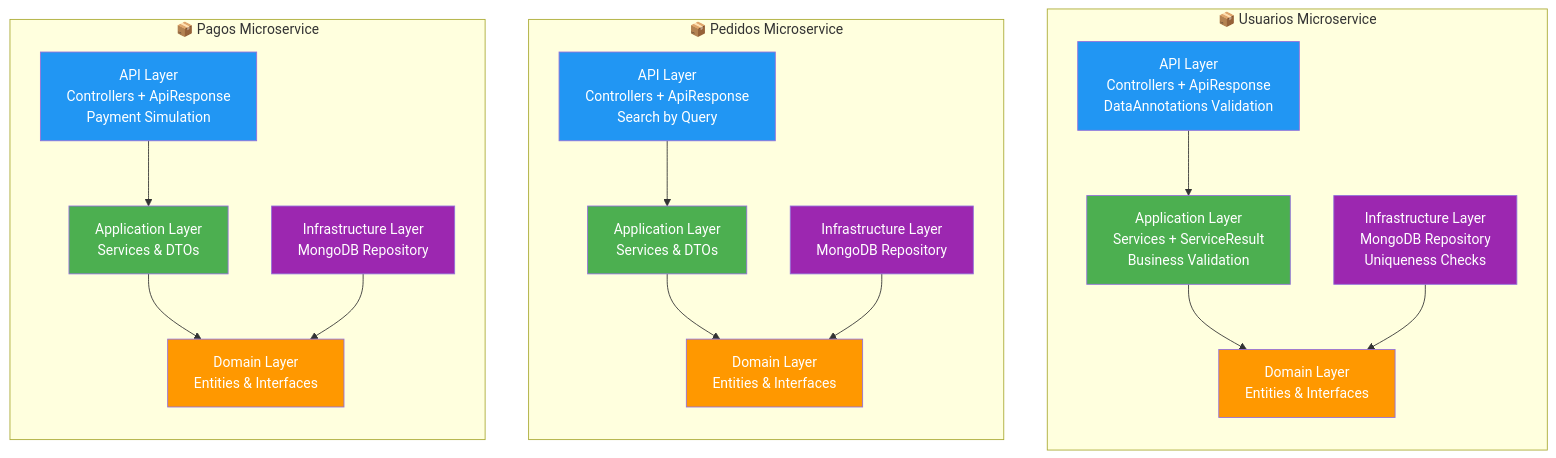
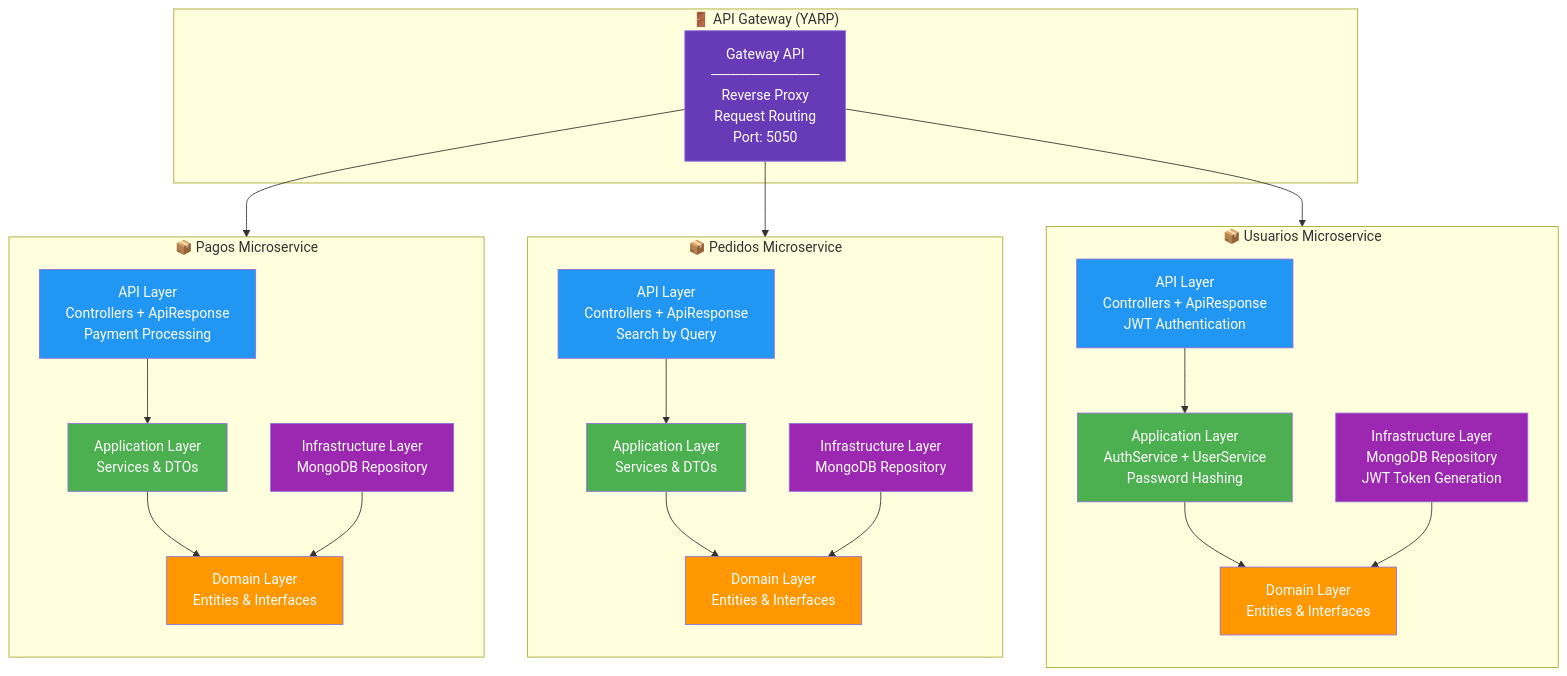
Before and after one commit to Chocopro713/MVP_Empresa_ABC: the diagram in arquitectura/diagrams/clean-architecture.mermaid, drawn with Mermaid. The commit also changed 50 other files, not shown here.

```diff
--- a/arquitectura/diagrams/clean-architecture.mermaid
+++ b/arquitectura/diagrams/clean-architecture.mermaid
@@ -1,51 +1,60 @@
 graph TB
+    subgraph Gateway["🚪 API Gateway (YARP)"]
+        GW[Gateway API<br/>───────────<br/>Reverse Proxy<br/>Request Routing<br/>Port: 5050]
+    end
+
     subgraph Usuarios["📦 Usuarios Microservice"]
         direction TB
-        UA[API Layer<br/>Controllers + ApiResponse<br/>DataAnnotations Validation]
-        UApp[Application Layer<br/>Services + ServiceResult<br/>Business Validation]
+        UA[API Layer<br/>Controllers + ApiResponse<br/>JWT Authentication]
+        UApp[Application Layer<br/>AuthService + UserService<br/>Password Hashing]
         UD[Domain Layer<br/>Entities & Interfaces]
-        UI[Infrastructure Layer<br/>MongoDB Repository<br/>Uniqueness Checks]
+        UI[Infrastructure Layer<br/>MongoDB Repository<br/>JWT Token Generation]
         
         UA --> UApp
         UApp --> UD
         UI --> UD
     end
     
     subgraph Pedidos["📦 Pedidos Microservice"]
         direction TB
         PA[API Layer<br/>Controllers + ApiResponse<br/>Search by Query]
         PApp[Application Layer<br/>Services & DTOs]
         PD[Domain Layer<br/>Entities & Interfaces]
         PI[Infrastructure Layer<br/>MongoDB Repository]
         
         PA --> PApp
         PApp --> PD
         PI --> PD
     end
     
     subgraph Pagos["📦 Pagos Microservice"]
         direction TB
-        PgA[API Layer<br/>Controllers + ApiResponse<br/>Payment Simulation]
+        PgA[API Layer<br/>Controllers + ApiResponse<br/>Payment Processing]
         PgApp[Application Layer<br/>Services & DTOs]
         PgD[Domain Layer<br/>Entities & Interfaces]
         PgI[Infrastructure Layer<br/>MongoDB Repository]
         
         PgA --> PgApp
         PgApp --> PgD
         PgI --> PgD
     end
+
+    GW --> UA
+    GW --> PA
+    GW --> PgA
     
+    style GW fill:#673AB7,color:#fff
     style UA fill:#2196F3,color:#fff
     style UApp fill:#4CAF50,color:#fff
     style UD fill:#FF9800,color:#fff
     style UI fill:#9C27B0,color:#fff
     
     style PA fill:#2196F3,color:#fff
     style PApp fill:#4CAF50,color:#fff
     style PD fill:#FF9800,color:#fff
     style PI fill:#9C27B0,color:#fff
     
     style PgA fill:#2196F3,color:#fff
     style PgApp fill:#4CAF50,color:#fff
     style PgD fill:#FF9800,color:#fff
     style PgI fill:#9C27B0,color:#fff
```
